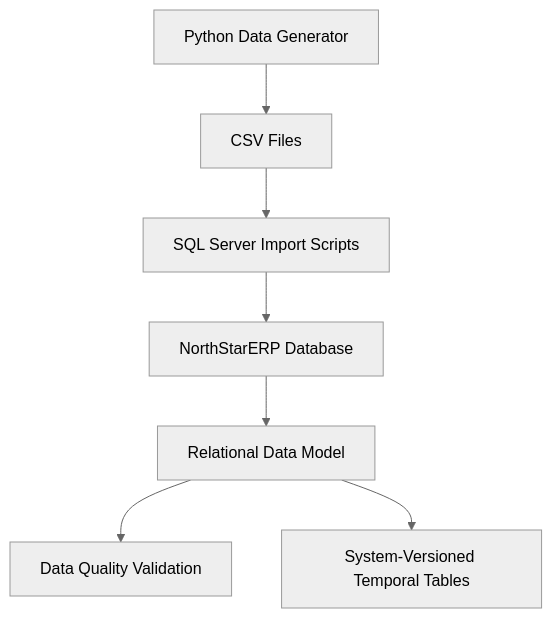
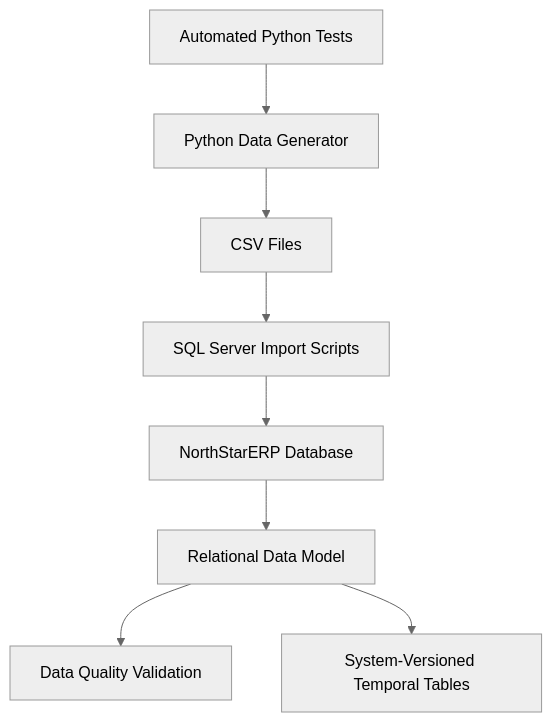
Before and after one commit to Gezzus1703/LogiCore: the diagram in README.md, drawn with Mermaid (neutral theme). The commit also changed other lines of this file, not shown here.

````diff
--- a/README.md
+++ b/README.md
@@ -31,9 +23,10 @@
-``` mermaid
+```mermaid
 flowchart TD
     A[Python Data Generator] --> B[CSV Files]
     B --> C[SQL Server Import Scripts]
     C --> D[NorthStarERP Database]
     D --> E[Relational Data Model]
     E --> F[Data Quality Validation]
     E --> G[System-Versioned Temporal Tables]
+    H[Automated Python Tests] --> A
 ```
````
